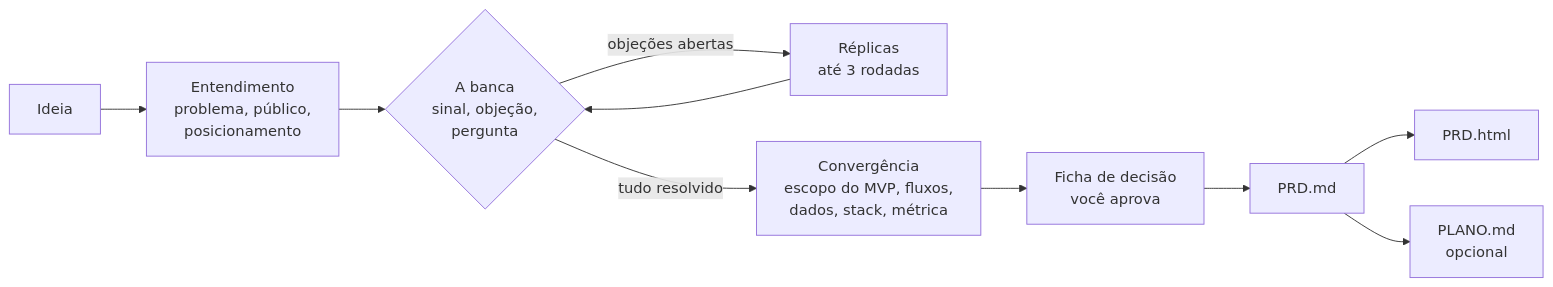
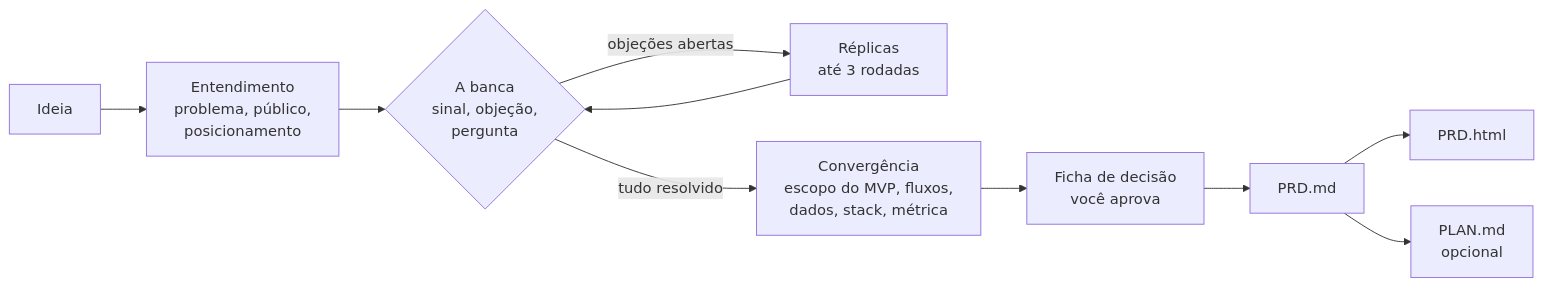
One commit to JefersonMarcioEspindola/skill-prd-consultive changed the diagram in README.pt-BR.md. Above: the diagram before and after it, drawn with Mermaid. The commit also changed other lines of this file and 53 other files, not shown here.

````diff
--- a/README.pt-BR.md
+++ b/README.pt-BR.md
@@ -60,12 +60,12 @@
 ```mermaid
 flowchart LR
   A[Ideia] --> B[Entendimento<br/>problema, público,<br/>posicionamento]
   B --> C{A banca<br/>sinal, objeção,<br/>pergunta}
   C -->|objeções abertas| D[Réplicas<br/>até 3 rodadas]
   D --> C
   C -->|tudo resolvido| E[Convergência<br/>escopo do MVP, fluxos,<br/>dados, stack, métrica]
   E --> F[Ficha de decisão<br/>você aprova]
   F --> G[PRD.md]
   G --> H[PRD.html]
-  G --> I[PLANO.md<br/>opcional]
+  G --> I[PLAN.md<br/>opcional]
 ```
````
